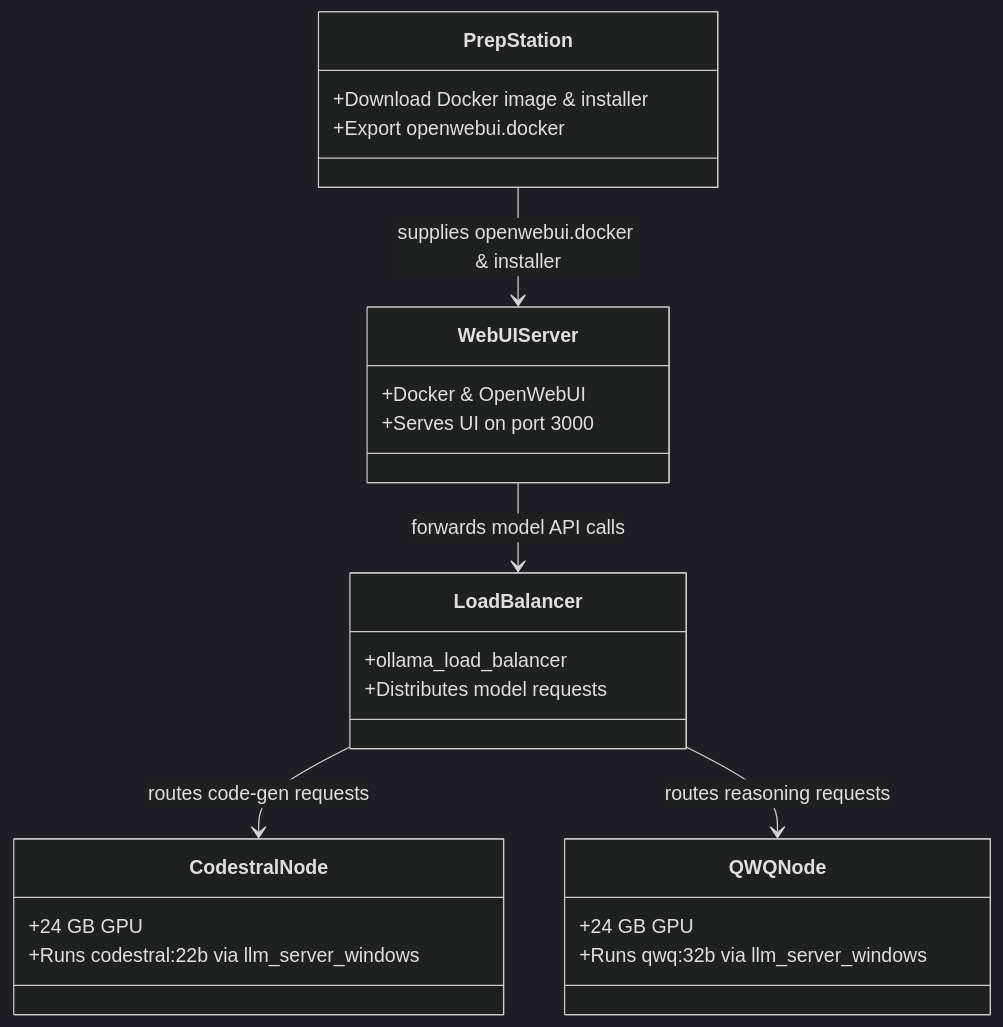
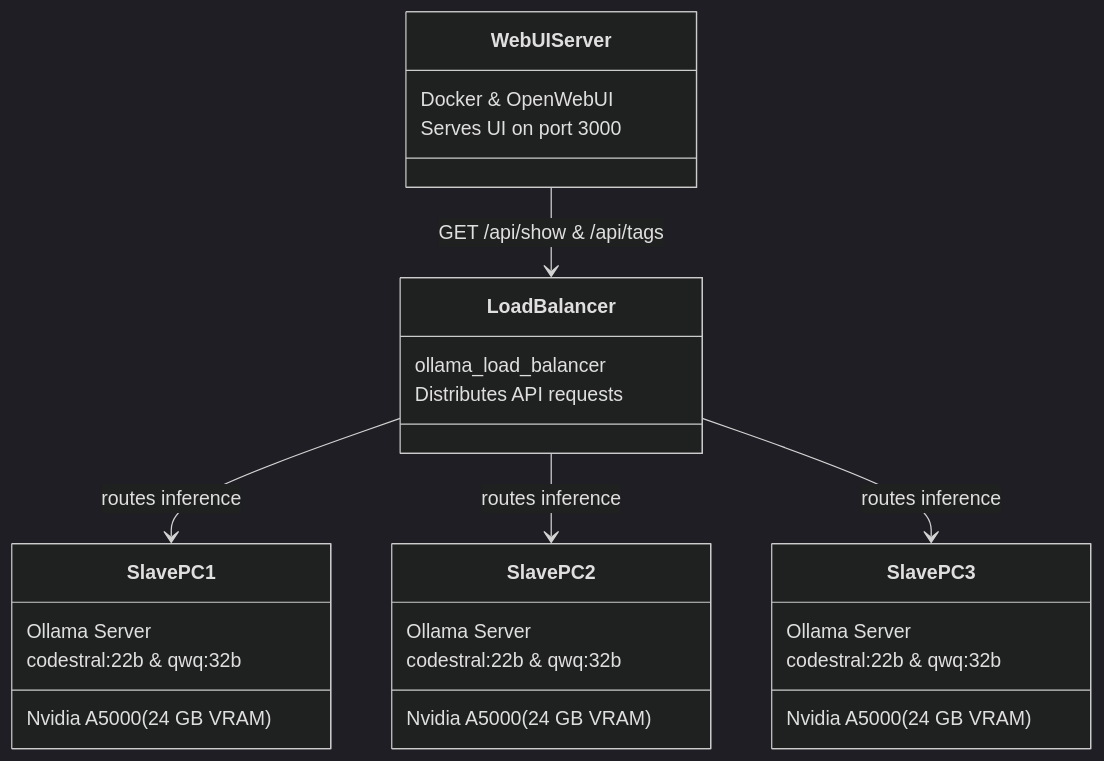
Before and after one commit to BigBIueWhale/openwebui_config: the diagram in README.md, drawn with Mermaid (dark theme).

Commit message:
Update diagram

````diff
--- a/README.md
+++ b/README.md
@@ -13,28 +13,31 @@
 ```mermaid
 classDiagram
-    class PrepStation {
-      +Download Docker image & installer  
-      +Export openwebui.docker  
+    class SlavePC1 {
+      Ollama Server  
+      codestral:22b & qwq:32b  
+      Nvidia A5000 (24 GB VRAM)
     }
-    class CodestralNode {
-      +24 GB GPU  
-      +Runs codestral:22b via llm_server_windows  
+    class SlavePC2 {
+      Ollama Server  
+      codestral:22b & qwq:32b  
+      Nvidia A5000 (24 GB VRAM)
     }
-    class QWQNode {
-      +24 GB GPU  
-      +Runs qwq:32b via llm_server_windows  
+    class SlavePC3 {
+      Ollama Server  
+      codestral:22b & qwq:32b  
+      Nvidia A5000 (24 GB VRAM)
     }
     class LoadBalancer {
-      +ollama_load_balancer  
-      +Distributes model requests  
+      ollama_load_balancer  
+      Distributes API requests
     }
     class WebUIServer {
-      +Docker & OpenWebUI  
-      +Serves UI on port 3000  
+      Docker & OpenWebUI  
+      Serves UI on port 3000
     }
 
-    PrepStation --> WebUIServer : supplies openwebui.docker & installer
-    WebUIServer --> LoadBalancer : forwards model API calls
-    LoadBalancer --> CodestralNode : routes code-gen requests
-    LoadBalancer --> QWQNode : routes reasoning requests
+    WebUIServer --> LoadBalancer : GET /api/show & /api/tags
+    LoadBalancer --> SlavePC1 : routes inference
+    LoadBalancer --> SlavePC2 : routes inference
+    LoadBalancer --> SlavePC3 : routes inference
 ```
````
